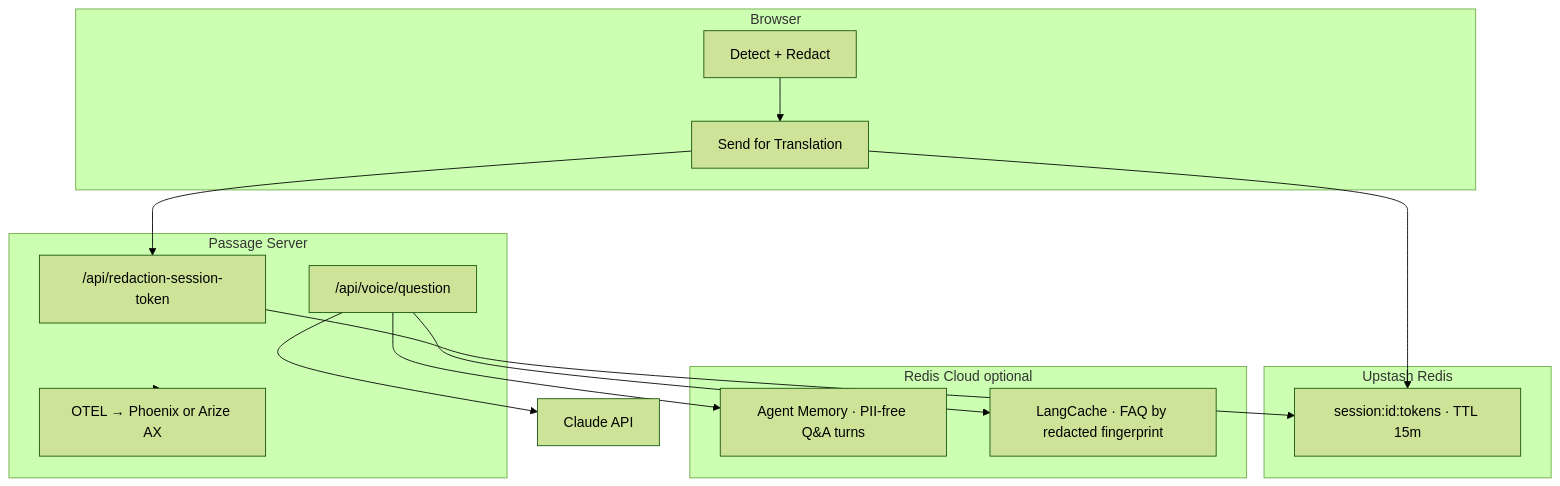
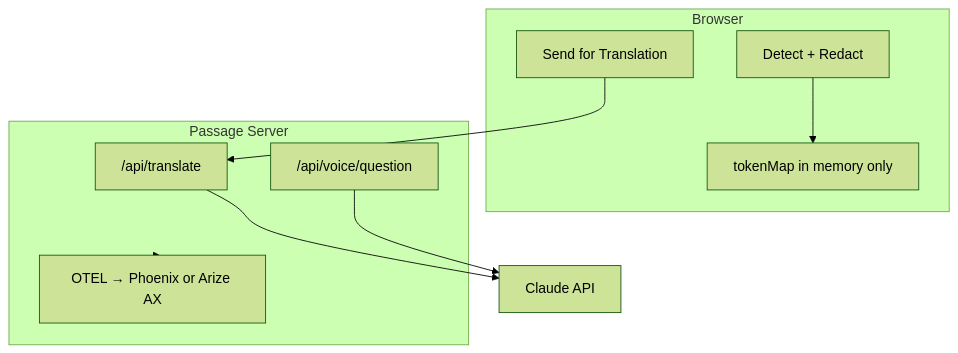
The diagram in README.md (shanghanyan/Passage), drawn with Mermaid (forest theme) before and after one commit. The commit also changed other lines of this file and 67 other files, not shown here.

````diff
--- a/README.md
+++ b/README.md
@@ -124,31 +116,20 @@
 ```mermaid
 flowchart TB
   subgraph browser [Browser]
     Detect[Detect + Redact]
+    TokenMap["tokenMap in memory only"]
     Send[Send for Translation]
   end
 
-  subgraph upstash [Upstash Redis]
-    Tokens["session:id:tokens · TTL 15m"]
-  end
-
-  subgraph redisCloud [Redis Cloud optional]
-    AM[Agent Memory · PII-free Q&A turns]
-    LC[LangCache · FAQ by redacted fingerprint]
-  end
-
   subgraph server [Passage Server]
-    Mint["/api/redaction-session-token"]
+    Translate["/api/translate"]
     VQ["/api/voice/question"]
     OTEL["OTEL → Phoenix or Arize AX"]
   end
 
-  Detect --> Send
-  Send --> Mint
-  Mint --> Tokens
-  Send --> Tokens
-  VQ --> AM
-  VQ --> LC
-  VQ --> Claude[Claude API]
+  Detect --> TokenMap
+  Send --> Translate
+  Translate --> Claude[Claude API]
+  VQ --> Claude
   server --> OTEL
 ```
````
